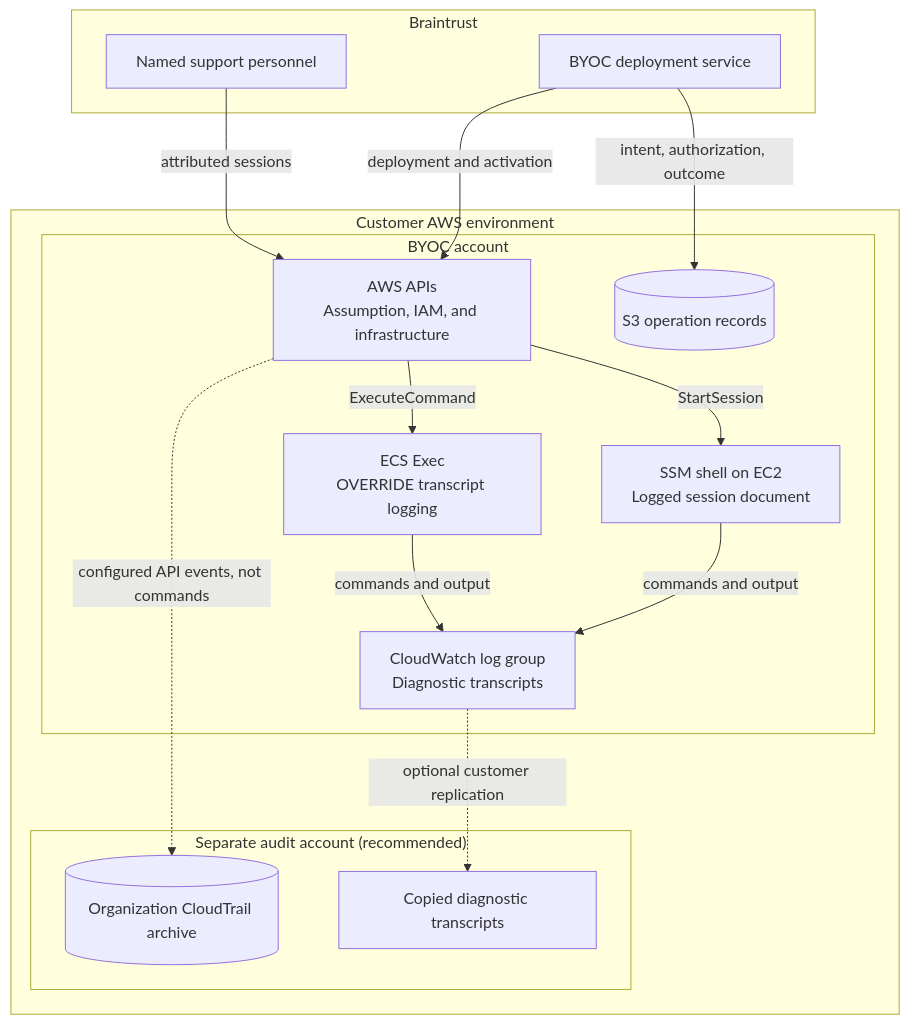
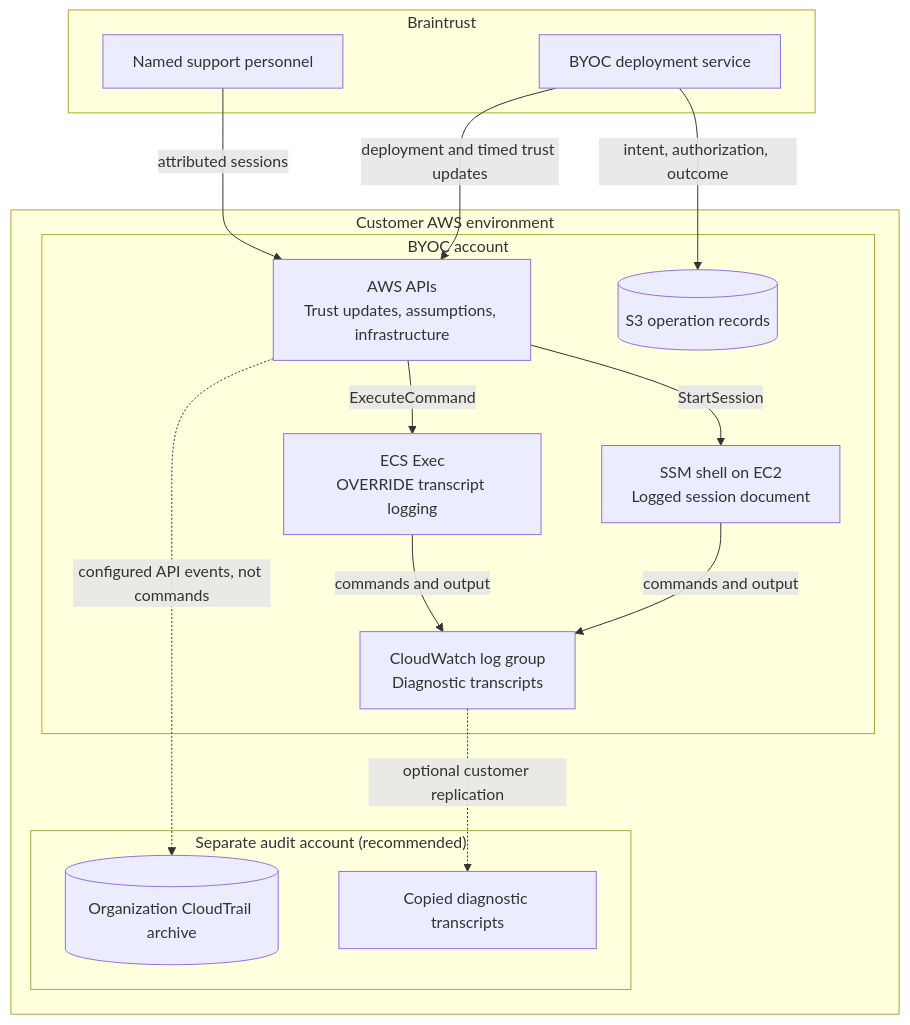
One commit to braintrustdata/terraform-aws-braintrust-data-plane changed the diagram in managed-byoc-v2/guardrails/cloudtrail-alerting.md. Above: the diagram before and after it, drawn with Mermaid. The commit also changed other lines of this file and 10 other files, not shown here.

Commit message:
Document Diagnostics activation through temporary trust

````diff
--- a/managed-byoc-v2/guardrails/cloudtrail-alerting.md
+++ b/managed-byoc-v2/guardrails/cloudtrail-alerting.md
@@ -65,31 +67,31 @@
 ```mermaid
 flowchart TB
     subgraph BT[Braintrust]
         DEP[BYOC deployment service]
         ENG[Named support personnel]
     end
 
     subgraph CUSTOMER[Customer AWS environment]
         subgraph BYOC[BYOC account]
-            API["AWS APIs<br/>Assumption, IAM, and infrastructure"]
+            API["AWS APIs<br/>Trust updates, assumptions, infrastructure"]
             SSM["SSM shell on EC2<br/>Logged session document"]
             ECS["ECS Exec<br/>OVERRIDE transcript logging"]
             CW["CloudWatch log group<br/>Diagnostic transcripts"]
             OPS[("S3 operation records")]
         end
         subgraph ARCHIVE["Separate audit account (recommended)"]
             CT[("Organization CloudTrail archive")]
             COPY["Copied diagnostic transcripts"]
         end
     end
 
-    DEP -->|deployment and activation| API
+    DEP -->|deployment and timed trust updates| API
     ENG -->|attributed sessions| API
     API -->|StartSession| SSM
     API -->|ExecuteCommand| ECS
     API -.->|configured API events, not commands| CT
     SSM -->|commands and output| CW
     ECS -->|commands and output| CW
     CW -.->|optional customer replication| COPY
     DEP -->|intent, authorization, outcome| OPS
 ```
````
